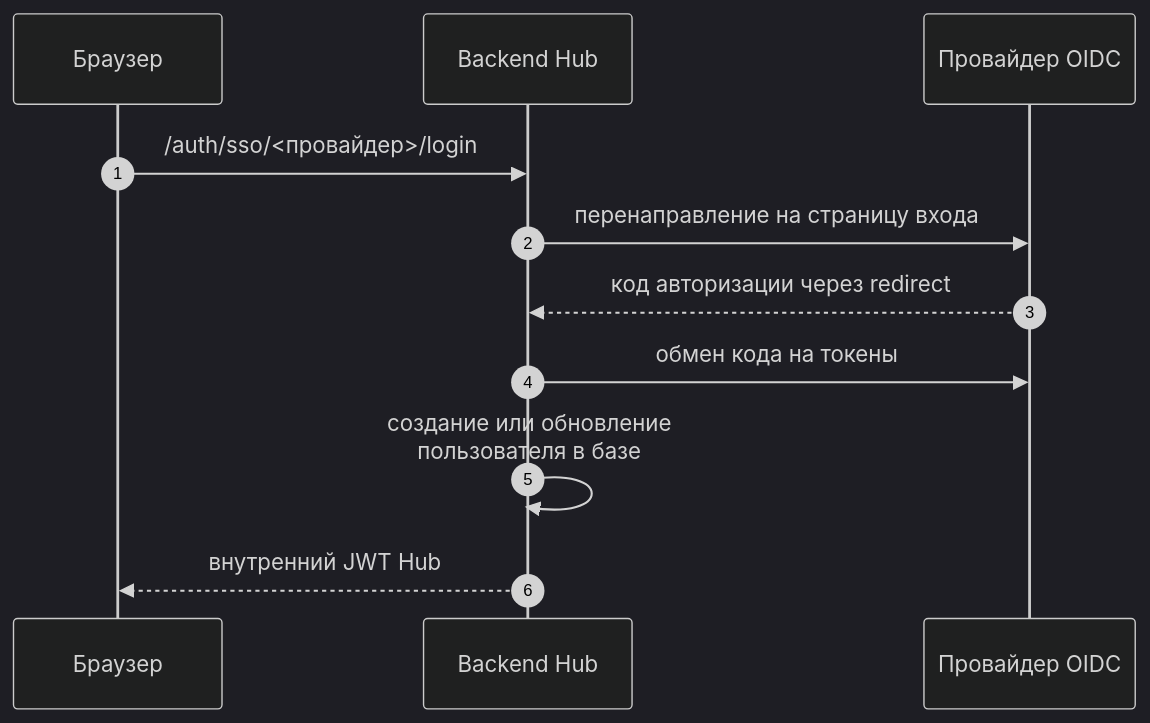
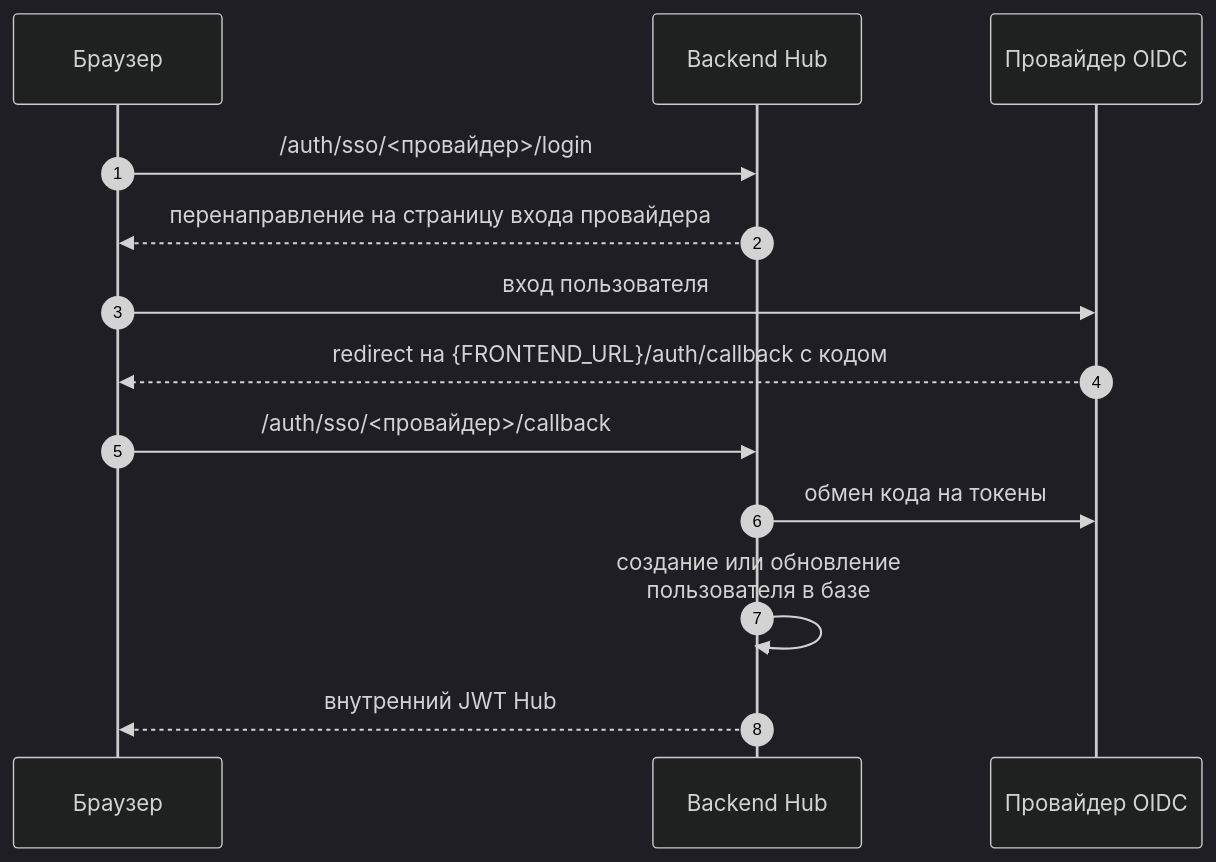
One commit to s3m4rgl/hub-docs changed the diagram in docs/integration-sso.md. Above: the diagram before and after it, drawn with Mermaid (dark theme). The commit also changed other lines of this file and 53 other files, not shown here.

````diff
--- a/docs/integration-sso.md
+++ b/docs/integration-sso.md
@@ -65,14 +69,16 @@
 ```mermaid
 sequenceDiagram
     autonumber
     participant B as Браузер
     participant H as Backend Hub
     participant I as Провайдер OIDC
 
     B->>H: /auth/sso/<провайдер>/login
-    H->>I: перенаправление на страницу входа
-    I-->>H: код авторизации через redirect
+    H-->>B: перенаправление на страницу входа провайдера
+    B->>I: вход пользователя
+    I-->>B: redirect на {FRONTEND_URL}/auth/callback с кодом
+    B->>H: /auth/sso/<провайдер>/callback
     H->>I: обмен кода на токены
     H->>H: создание или обновление<br/>пользователя в базе
     H-->>B: внутренний JWT Hub
 ```
````
